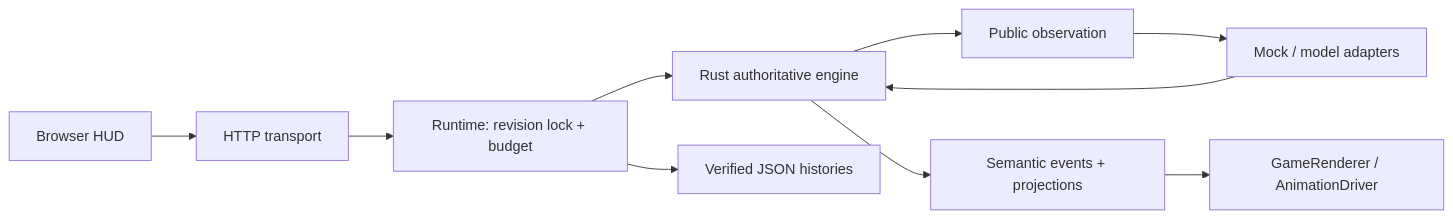
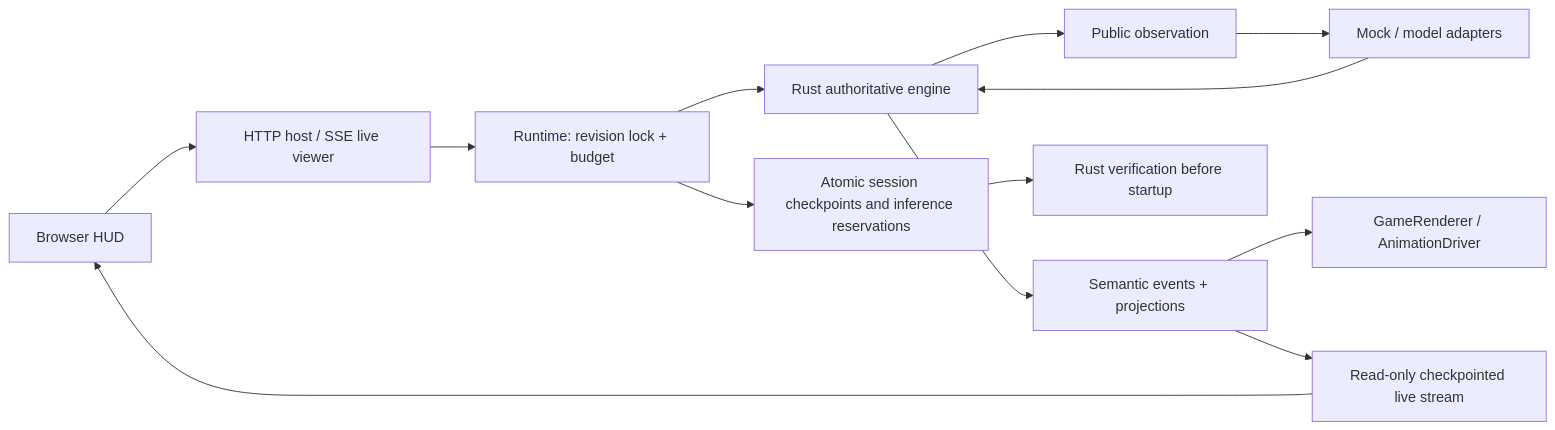
The first of 4 diagrams in README.md (lewodro/autonomous-agent-economy), drawn with Mermaid before and after one commit. The commit also changed other lines of this file and 11 other files, not shown here.

Commit message:
040_update_fix_live_stream_failure_isolation_and_launch_visual_docs

````diff
--- a/README.md
+++ b/README.md
@@ -280,12 +284,15 @@
 ```mermaid
 flowchart LR
- Browser[Browser HUD] --> HTTP[HTTP transport]
+ Browser[Browser HUD] --> HTTP[HTTP host / SSE live viewer]
  HTTP --> Runtime[Runtime: revision lock + budget]
  Runtime --> Rust[Rust authoritative engine]
  Rust --> Observation[Public observation]
  Observation --> Adapters[Mock / model adapters]
  Adapters --> Rust
  Rust --> Events[Semantic events + projections]
  Events --> Renderer[GameRenderer / AnimationDriver]
- Runtime --> JSON[Verified JSON histories]
+ Runtime --> JSON[Atomic session checkpoints and inference reservations]
+ JSON --> Recovery[Rust verification before startup]
+ Events --> SSE[Read-only checkpointed live stream]
+ SSE --> Browser
 ```
````
